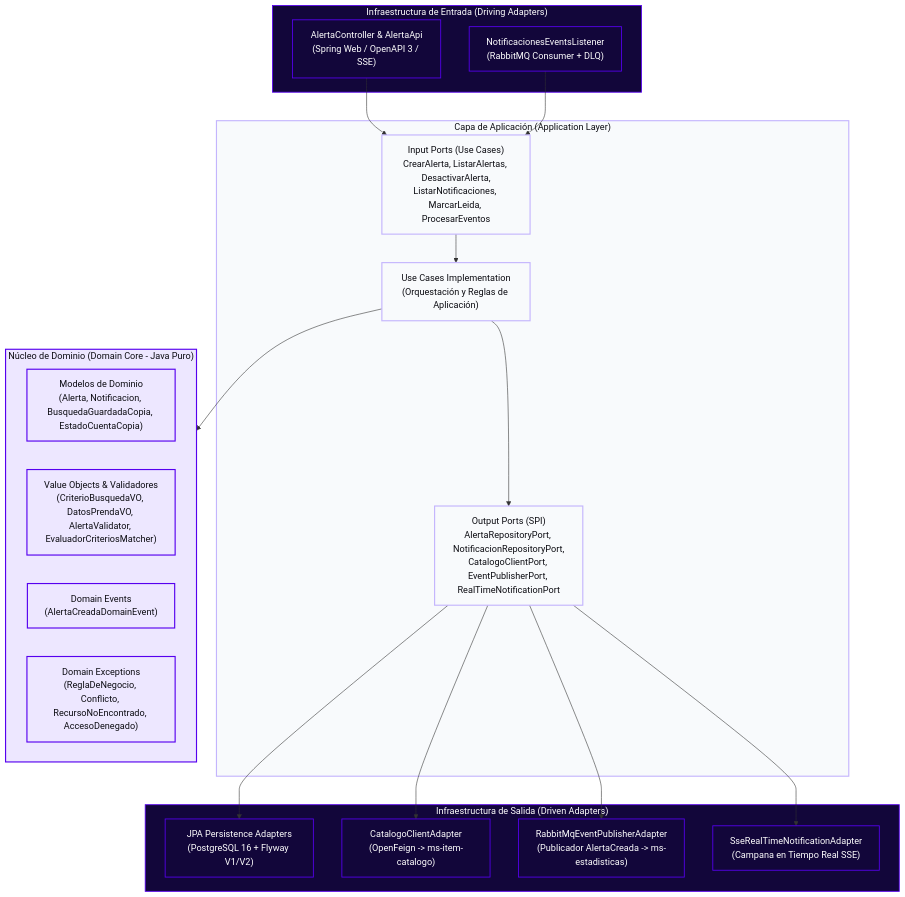
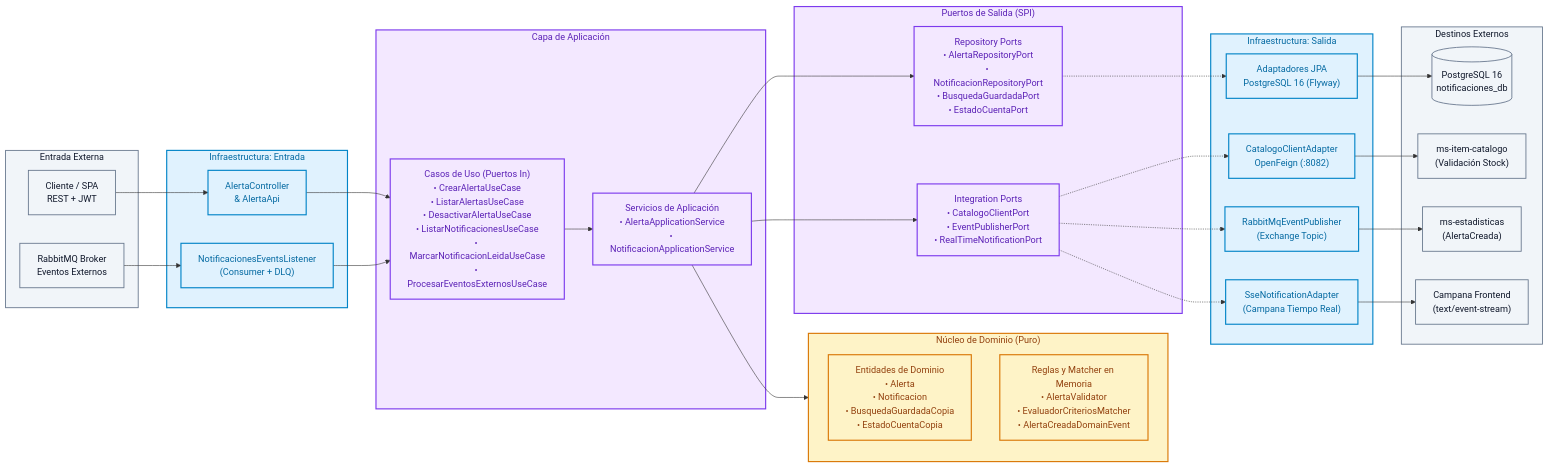
Before and after one commit to StyleRadar1/GJ-Notification-Service: the first of 2 diagrams in README.md, drawn with Mermaid. The commit also changed other lines of this file, not shown here.

Commit message:
style(readme): rediseñar diagrama interactivo mermaid en orientacion horizontal con alto contraste

````diff
--- a/README.md
+++ b/README.md
@@ -133,45 +133,81 @@
 ```mermaid
-flowchart TD
-    subgraph INFRA_IN["Infraestructura de Entrada (Driving Adapters)"]
-        REST["AlertaController & AlertaApi<br>(Spring Web / OpenAPI 3 / SSE)"]
-        AMQP_IN["NotificacionesEventsListener<br>(RabbitMQ Consumer + DLQ)"]
+flowchart LR
+    %% Clientes y Actores Externos
+    subgraph EXT_IN["Entrada Externa"]
+        CLIENT["Cliente / SPA<br>REST + JWT"]
+        BROKER_IN["RabbitMQ Broker<br>Eventos Externos"]
     end
 
-    subgraph APP["Capa de Aplicación (Application Layer)"]
-        IN_PORT["Input Ports (Use Cases)<br>CrearAlerta, ListarAlertas, DesactivarAlerta,<br>ListarNotificaciones, MarcarLeida, ProcesarEventos"]
-        USE_CASES["Use Cases Implementation<br>(Orquestación y Reglas de Aplicación)"]
-        OUT_PORT["Output Ports (SPI)<br>AlertaRepositoryPort, NotificacionRepositoryPort,<br>CatalogoClientPort, EventPublisherPort, RealTimeNotificationPort"]
+    %% Capa de Infraestructura - Adaptadores de Entrada
+    subgraph ADAPTERS_IN["Infraestructura: Entrada"]
+        REST_CTRL["AlertaController<br>& AlertaApi"]
+        AMQP_LISTENER["NotificacionesEventsListener<br>(Consumer + DLQ)"]
     end
 
-    subgraph DOMAIN["Núcleo de Dominio (Domain Core - Java Puro)"]
-        ENTITIES["Modelos de Dominio<br>(Alerta, Notificacion, BusquedaGuardadaCopia, EstadoCuentaCopia)"]
-        VO["Value Objects & Validadores<br>(CriterioBusquedaVO, DatosPrendaVO, AlertaValidator, EvaluadorCriteriosMatcher)"]
-        EVENTS["Domain Events<br>(AlertaCreadaDomainEvent)"]
-        EXCEPTIONS["Domain Exceptions<br>(ReglaDeNegocio, Conflicto, RecursoNoEncontrado, AccesoDenegado)"]
+    %% Capa de Aplicacion
+    subgraph APPLICATION["Capa de Aplicación"]
+        USE_CASES["Casos de Uso (Puertos In)<br>• CrearAlertaUseCase<br>• ListarAlertasUseCase<br>• DesactivarAlertaUseCase<br>• ListarNotificacionesUseCase<br>• MarcarNotificacionLeidaUseCase<br>• ProcesarEventosExternosUseCase"]
+        APP_SERVICES["Servicios de Aplicación<br>• AlertaApplicationService<br>• NotificacionApplicationService"]
     end
 
-    subgraph INFRA_OUT["Infraestructura de Salida (Driven Adapters)"]
-        JPA_REPO["JPA Persistence Adapters<br>(PostgreSQL 16 + Flyway V1/V2)"]
-        FEIGN_CAT["CatalogoClientAdapter<br>(OpenFeign -> ms-item-catalogo)"]
-        RABBIT_PUB["RabbitMqEventPublisherAdapter<br>(Publicador AlertaCreada -> ms-estadisticas)"]
-        SSE_OUT["SseRealTimeNotificationAdapter<br>(Campana en Tiempo Real SSE)"]
+    %% Núcleo de Dominio Puro
+    subgraph DOMAIN["Núcleo de Dominio (Puro)"]
+        ENTITIES["Entidades de Dominio<br>• Alerta<br>• Notificacion<br>• BusquedaGuardadaCopia<br>• EstadoCuentaCopia"]
+        RULES["Reglas y Matcher en Memoria<br>• AlertaValidator<br>• EvaluadorCriteriosMatcher<br>• AlertaCreadaDomainEvent"]
     end
 
-    REST --> IN_PORT
-    AMQP_IN --> IN_PORT
-    IN_PORT --> USE_CASES
-    USE_CASES --> DOMAIN
-    USE_CASES --> OUT_PORT
-    OUT_PORT --> JPA_REPO
-    OUT_PORT --> FEIGN_CAT
-    OUT_PORT --> RABBIT_PUB
-    OUT_PORT --> SSE_OUT
+    %% Puertos de Salida
+    subgraph PORTS_OUT["Puertos de Salida (SPI)"]
+        P_REPOS["Repository Ports<br>• AlertaRepositoryPort<br>• NotificacionRepositoryPort<br>• BusquedaGuardadaPort<br>• EstadoCuentaPort"]
+        P_EXT["Integration Ports<br>• CatalogoClientPort<br>• EventPublisherPort<br>• RealTimeNotificationPort"]
+    end
 
-    classDef domain fill:#EDE7FF,stroke:#5600EF,stroke-width:2px,color:#0C0C12;
-    classDef app fill:#F8FAFC,stroke:#C4B5FD,stroke-width:2px,color:#0C0C12;
-    classDef infra fill:#12063A,stroke:#5600EF,stroke-width:1.5px,color:#FFFFFF;
+    %% Adaptadores de Salida
+    subgraph ADAPTERS_OUT["Infraestructura: Salida"]
+        JPA_ADAPTER["Adaptadores JPA<br>PostgreSQL 16 (Flyway)"]
+        FEIGN_ADAPTER["CatalogoClientAdapter<br>OpenFeign (:8082)"]
+        AMQP_ADAPTER["RabbitMqEventPublisher<br>(Exchange Topic)"]
+        SSE_ADAPTER["SseNotificationAdapter<br>(Campana Tiempo Real)"]
+    end
 
-    class DOMAIN,ENTITIES,VO,EVENTS,EXCEPTIONS domain;
-    class APP,IN_PORT,USE_CASES,OUT_PORT app;
-    class INFRA_IN,INFRA_OUT,REST,AMQP_IN,JPA_REPO,FEIGN_CAT,RABBIT_PUB,SSE_OUT infra;
+    %% Destinos Externos
+    subgraph EXT_OUT["Destinos Externos"]
+        DB[(PostgreSQL 16<br>notificaciones_db)]
+        CATALOGO["ms-item-catalogo<br>(Validación Stock)"]
+        ESTADISTICAS["ms-estadisticas<br>(AlertaCreada)"]
+        SSE_CLIENT["Campana Frontend<br>(text/event-stream)"]
+    end
+
+    %% Flujo de Invocación
+    CLIENT --> REST_CTRL
+    BROKER_IN --> AMQP_LISTENER
+
+    REST_CTRL --> USE_CASES
+    AMQP_LISTENER --> USE_CASES
+
+    USE_CASES --> APP_SERVICES
+    APP_SERVICES --> DOMAIN
+    APP_SERVICES --> P_REPOS
+    APP_SERVICES --> P_EXT
+
+    P_REPOS -.-> JPA_ADAPTER
+    P_EXT -.-> FEIGN_ADAPTER
+    P_EXT -.-> AMQP_ADAPTER
+    P_EXT -.-> SSE_ADAPTER
+
+    JPA_ADAPTER --> DB
+    FEIGN_ADAPTER --> CATALOGO
+    AMQP_ADAPTER --> ESTADISTICAS
+    SSE_ADAPTER --> SSE_CLIENT
+
+    %% Estilos de Alta Claridad y Contraste
+    classDef ext fill:#F1F5F9,stroke:#64748B,stroke-width:1.5px,color:#0F172A;
+    classDef infra fill:#E0F2FE,stroke:#0284C7,stroke-width:2px,color:#0369A1;
+    classDef app fill:#F3E8FF,stroke:#7C3AED,stroke-width:2px,color:#5B21B6;
+    classDef dom fill:#FEF3C7,stroke:#D97706,stroke-width:2px,color:#92400E;
+
+    class EXT_IN,EXT_OUT,CLIENT,BROKER_IN,DB,CATALOGO,ESTADISTICAS,SSE_CLIENT ext;
+    class ADAPTERS_IN,ADAPTERS_OUT,REST_CTRL,AMQP_LISTENER,JPA_ADAPTER,FEIGN_ADAPTER,AMQP_ADAPTER,SSE_ADAPTER infra;
+    class APPLICATION,PORTS_OUT,USE_CASES,APP_SERVICES,P_REPOS,P_EXT app;
+    class DOMAIN,ENTITIES,RULES dom;
 ```
````
